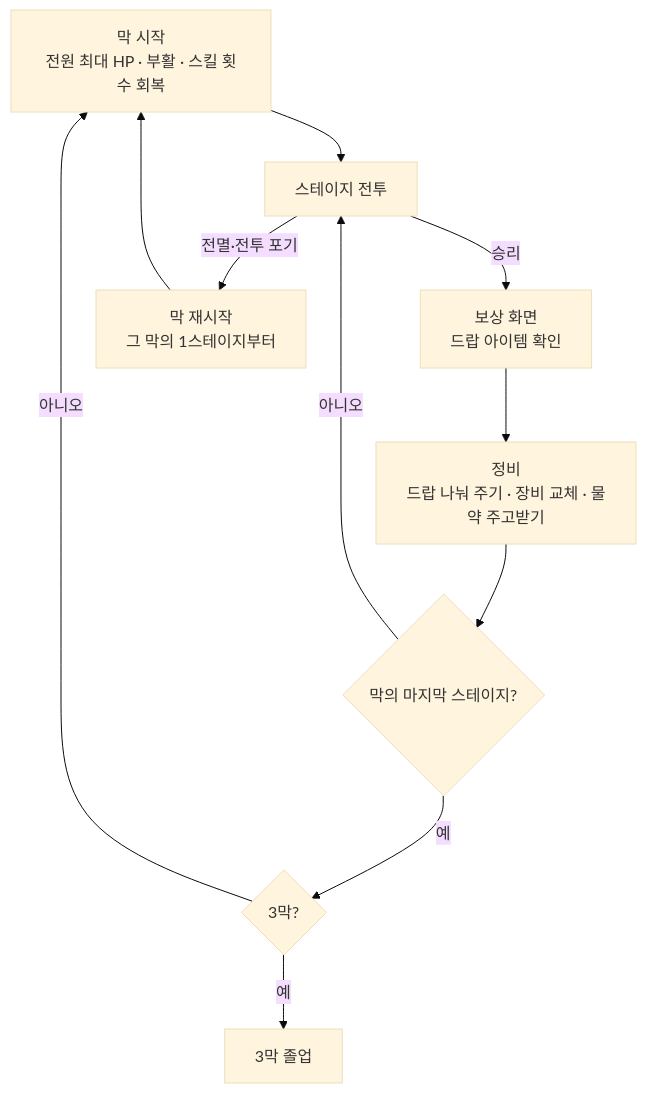
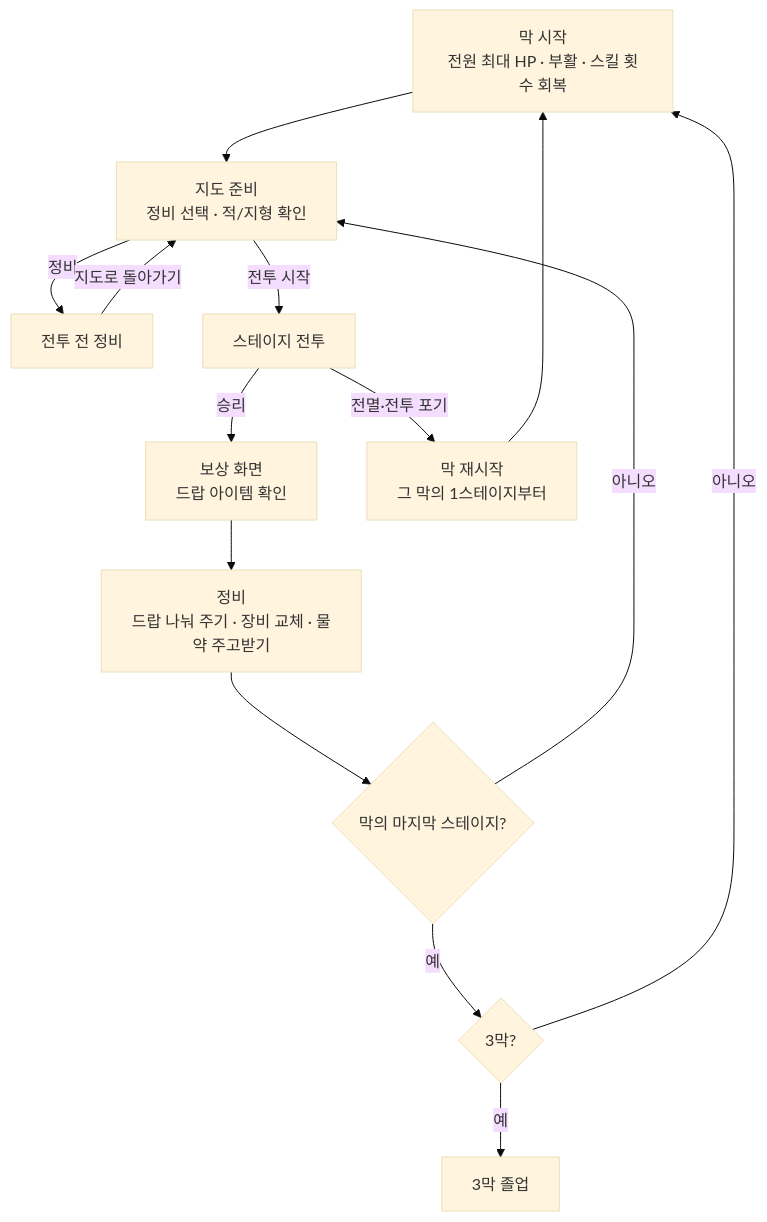
The diagram in docs/GAME_STRUCTURE.md (minjunkim-dev/BGLike), drawn with Mermaid (base theme) before and after one commit. The commit also changed other lines of this file and 24 other files, not shown here.

````diff
--- a/docs/GAME_STRUCTURE.md
+++ b/docs/GAME_STRUCTURE.md
@@ -49,13 +49,16 @@
 ```mermaid
 flowchart TD
-    A[막 시작<br/>전원 최대 HP · 부활 · 스킬 횟수 회복] --> B[스테이지 전투]
+    A[막 시작<br/>전원 최대 HP · 부활 · 스킬 횟수 회복] --> P[지도 준비<br/>정비 선택 · 적/지형 확인]
+    P -- 정비 --> Q[전투 전 정비]
+    Q -- 지도로 돌아가기 --> P
+    P -- 전투 시작 --> B[스테이지 전투]
     B -- 승리 --> C[보상 화면<br/>드랍 아이템 확인]
     C --> D[정비<br/>드랍 나눠 주기 · 장비 교체 · 물약 주고받기]
     D --> E{막의 마지막 스테이지?}
-    E -- 아니오 --> B
+    E -- 아니오 --> P
     E -- 예 --> F{3막?}
     F -- 아니오 --> A
     F -- 예 --> G[3막 졸업]
     B -- 전멸·전투 포기 --> H[막 재시작<br/>그 막의 1스테이지부터]
     H --> A
 ```
````
